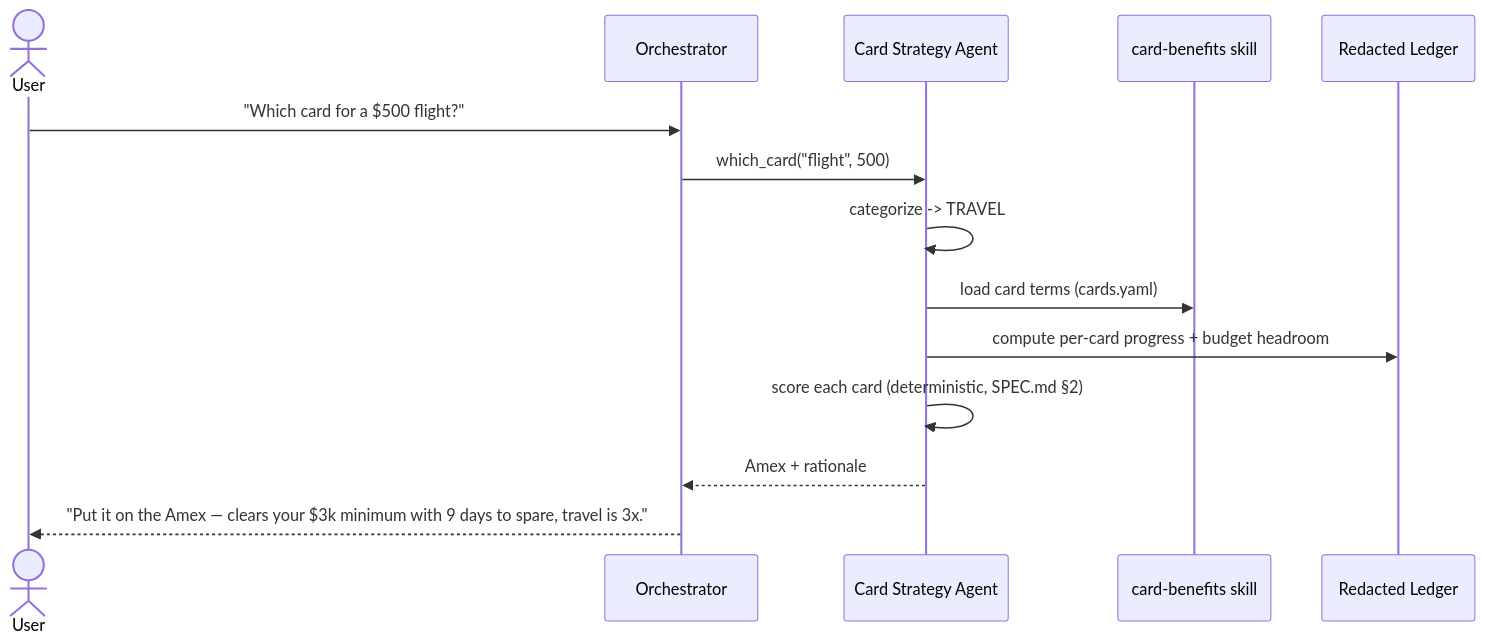
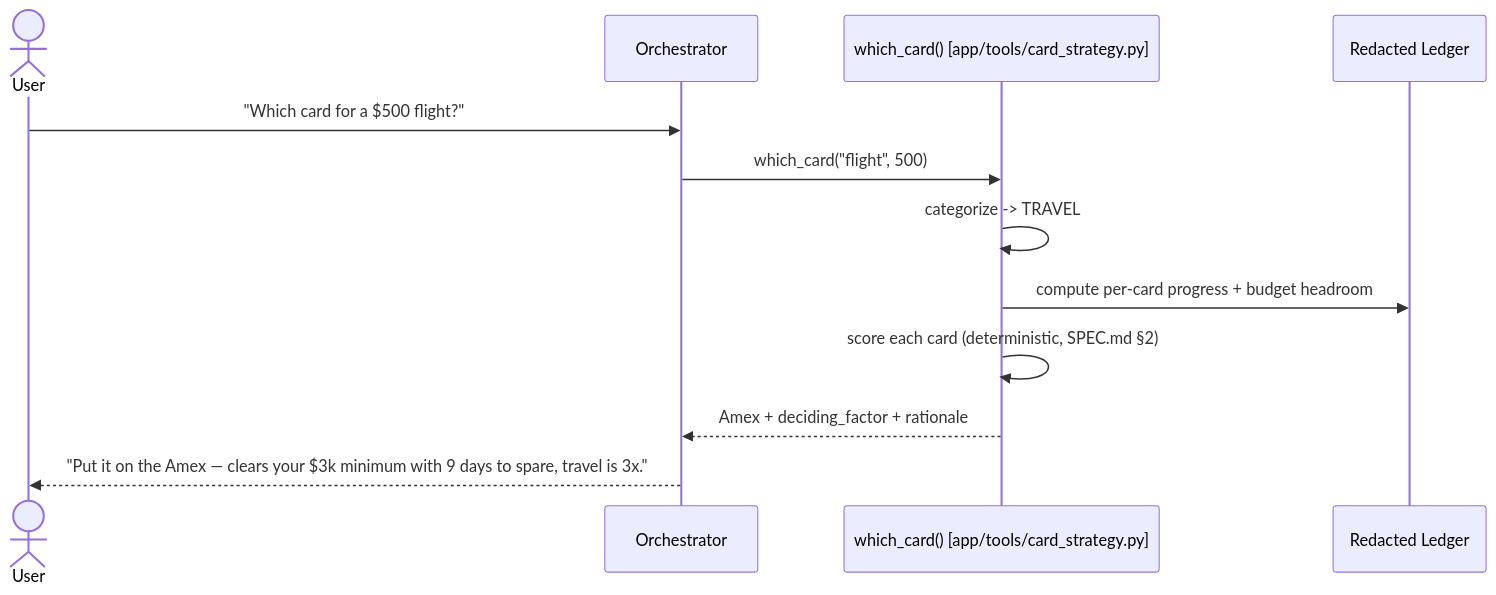
One commit to FireTasteSpicy/pocket-cfo changed the second of 2 diagrams in ARCHITECTURE.md. Above: the diagram before and after it, drawn with Mermaid. The commit also changed other lines of this file and 4 other files, not shown here.

````diff
--- a/ARCHITECTURE.md
+++ b/ARCHITECTURE.md
@@ -104,16 +106,14 @@
 ```mermaid
 sequenceDiagram
     actor User
     participant Orch as Orchestrator
-    participant Card as Card Strategy Agent
-    participant Bene as card-benefits skill
+    participant Fn as which_card() [app/tools/card_strategy.py]
     participant Ledger as Redacted Ledger
     User->>Orch: "Which card for a $500 flight?"
-    Orch->>Card: which_card("flight", 500)
-    Card->>Card: categorize -> TRAVEL
-    Card->>Bene: load card terms (cards.yaml)
-    Card->>Ledger: compute per-card progress + budget headroom
-    Card->>Card: score each card (deterministic, SPEC.md §2)
-    Card-->>Orch: Amex + rationale
+    Orch->>Fn: which_card("flight", 500)
+    Fn->>Fn: categorize -> TRAVEL
+    Fn->>Ledger: compute per-card progress + budget headroom
+    Fn->>Fn: score each card (deterministic, SPEC.md §2)
+    Fn-->>Orch: Amex + deciding_factor + rationale
     Orch-->>User: "Put it on the Amex — clears your $3k minimum with 9 days to spare, travel is 3x."
 ```
````
